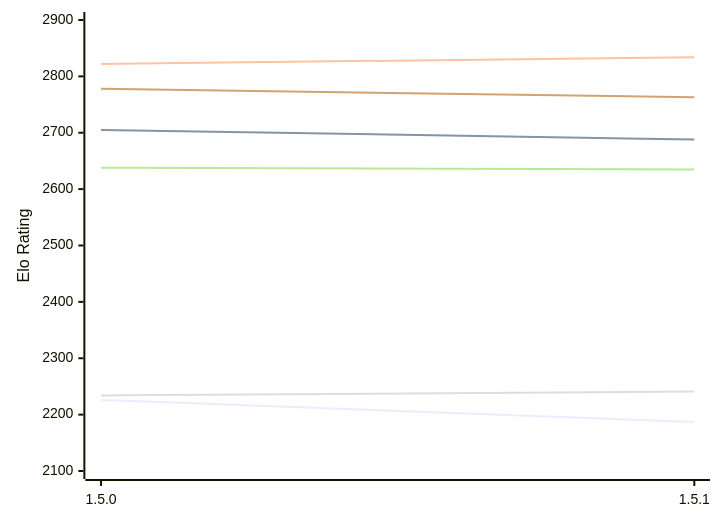
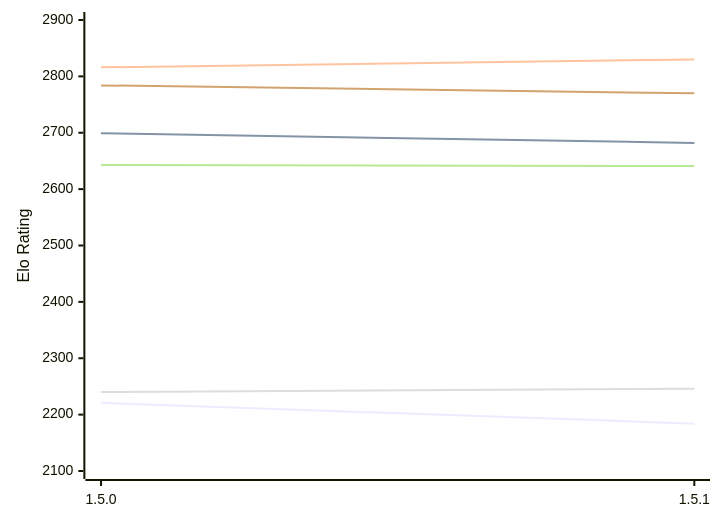
The first of 2 diagrams in engines/Coco.md (computer-chess-index/cci), drawn with Mermaid before and after one commit. The commit also changed other lines of this file, not shown here.

Commit message:
Update CCI Ratings (ELO VLTC) - 2026-11-18

````diff
--- a/engines/Coco.md
+++ b/engines/Coco.md
@@ -50,12 +50,12 @@
 ```mermaid
 %%{init: {"theme":"base","themeVariables":{"seriesColors:['#a3a3a3','#222221','#faa371']}}}%%
 xychart-beta
   x-axis ["1.5.0", "1.5.1"]
   y-axis "Elo Rating" 2100 --> 2900
-  line "E1: STC (8.0+0.08s)" [2226, 2187]
-  line "E1: LTC (60.0+0.60s)" [2705, 2688]
-  line "E1: VLTC (2m24s+1.12s)" [2822, 2834]
-  line "P1: STC (8.0+0.08s)" [2234, 2241]
-  line "P1: LTC (60.0+0.60s)" [2638, 2635]
-  line "P1: VLTC (2m24s+1.12s)" [2778, 2763]
+  line "E1: STC (8.0+0.08s)" [2221, 2184]
+  line "E1: LTC (60.0+0.60s)" [2699, 2682]
+  line "E1: VLTC (2m24s+1.12s)" [2816, 2830]
+  line "P1: STC (8.0+0.08s)" [2240, 2246]
+  line "P1: LTC (60.0+0.60s)" [2643, 2641]
+  line "P1: VLTC (2m24s+1.12s)" [2784, 2770]
 ```
````
